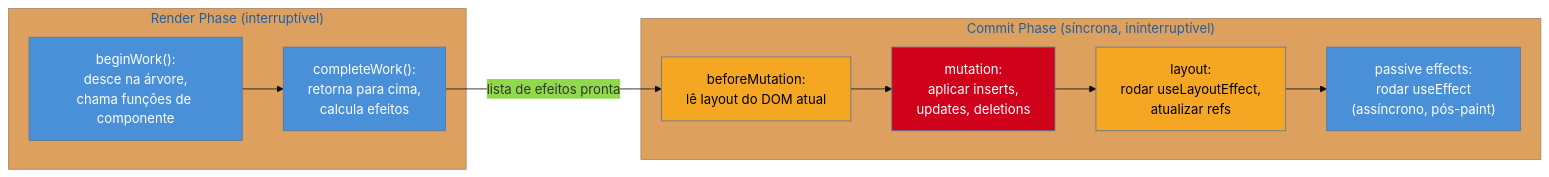
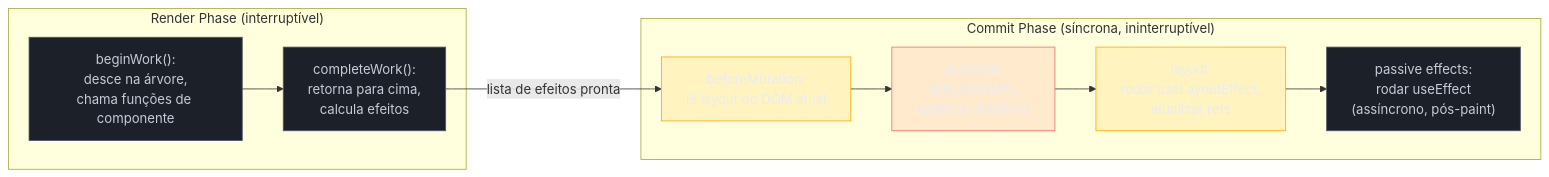
The second of 3 diagrams in 03-Dominios/Tecnologia/React/React core/16 - Reconciliation e diffing a fundo.md (josenaldo/codex-technomanticus), drawn with Mermaid before and after one commit. The commit also changed other lines of this file and 1181 other files, not shown here.

First line of the commit message:
fix(diagramas): paleta do sistema no lugar de cor cravada no markdown

````diff
--- a/03-Dominios/Tecnologia/React/React core/16 - Reconciliation e diffing a fundo.md
+++ b/03-Dominios/Tecnologia/React/React core/16 - Reconciliation e diffing a fundo.md
@@ -271,22 +271,24 @@
 ```mermaid
-%%{init: {"theme": "base", "themeVariables": {"primaryColor": "#4A90D9"}}}%%
 graph LR
+    classDef neutro fill:#1B2029,stroke:#4E5666,color:#C6CCD8
+    classDef destaque fill:#FFAA0024,stroke:#FFAA00,color:#E9ECF2
+    classDef falha fill:#FF6B6B24,stroke:#FF6B6B,color:#E9ECF2
     subgraph "Render Phase (interruptível)"
         R1["beginWork():\ndesce na árvore,\nchama funções de componente"] --> R2["completeWork():\nretorna para cima,\ncalcula efeitos"]
     end
 
     subgraph "Commit Phase (síncrona, ininterruptível)"
         C1["beforeMutation:\nlê layout do DOM atual"] --> C2["mutation:\naplicar inserts,\nupdates, deletions"]
         C2 --> C3["layout:\nrodar useLayoutEffect,\natualizar refs"]
         C3 --> C4["passive effects:\nrodar useEffect\n(assíncrono, pós-paint)"]
     end
 
     R2 -->|"lista de efeitos pronta"| C1
 
-    style R1 fill:#4A90D9,color:#fff
-    style R2 fill:#4A90D9,color:#fff
-    style C1 fill:#F5A623,color:#000
-    style C2 fill:#D0021B,color:#fff
-    style C3 fill:#F5A623,color:#000
-    style C4 fill:#4A90D9,color:#fff
+    class R1 neutro
+    class R2 neutro
+    class C1 destaque
+    class C2 falha
+    class C3 destaque
+    class C4 neutro
 ```
````
